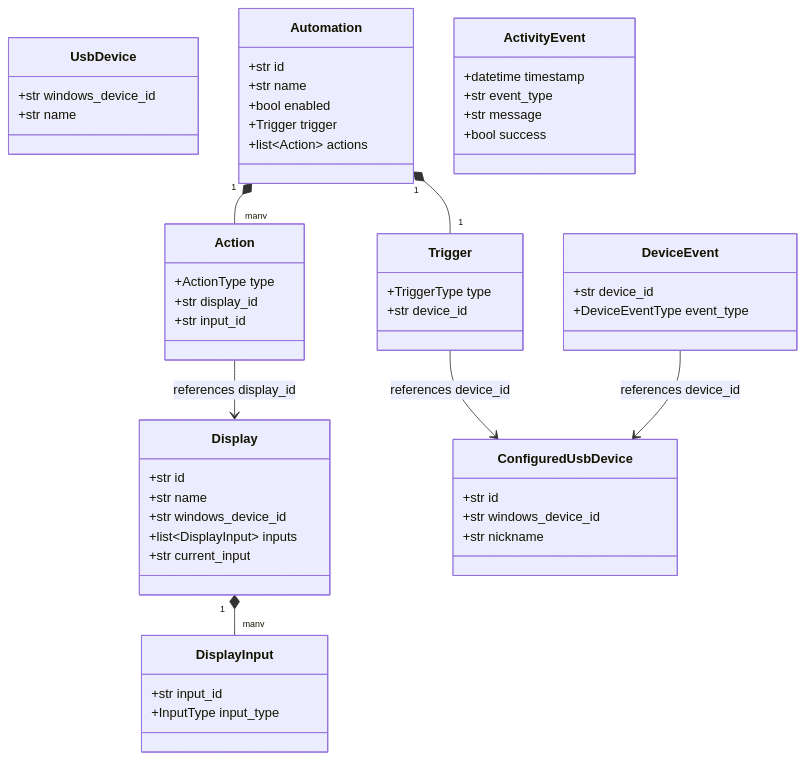
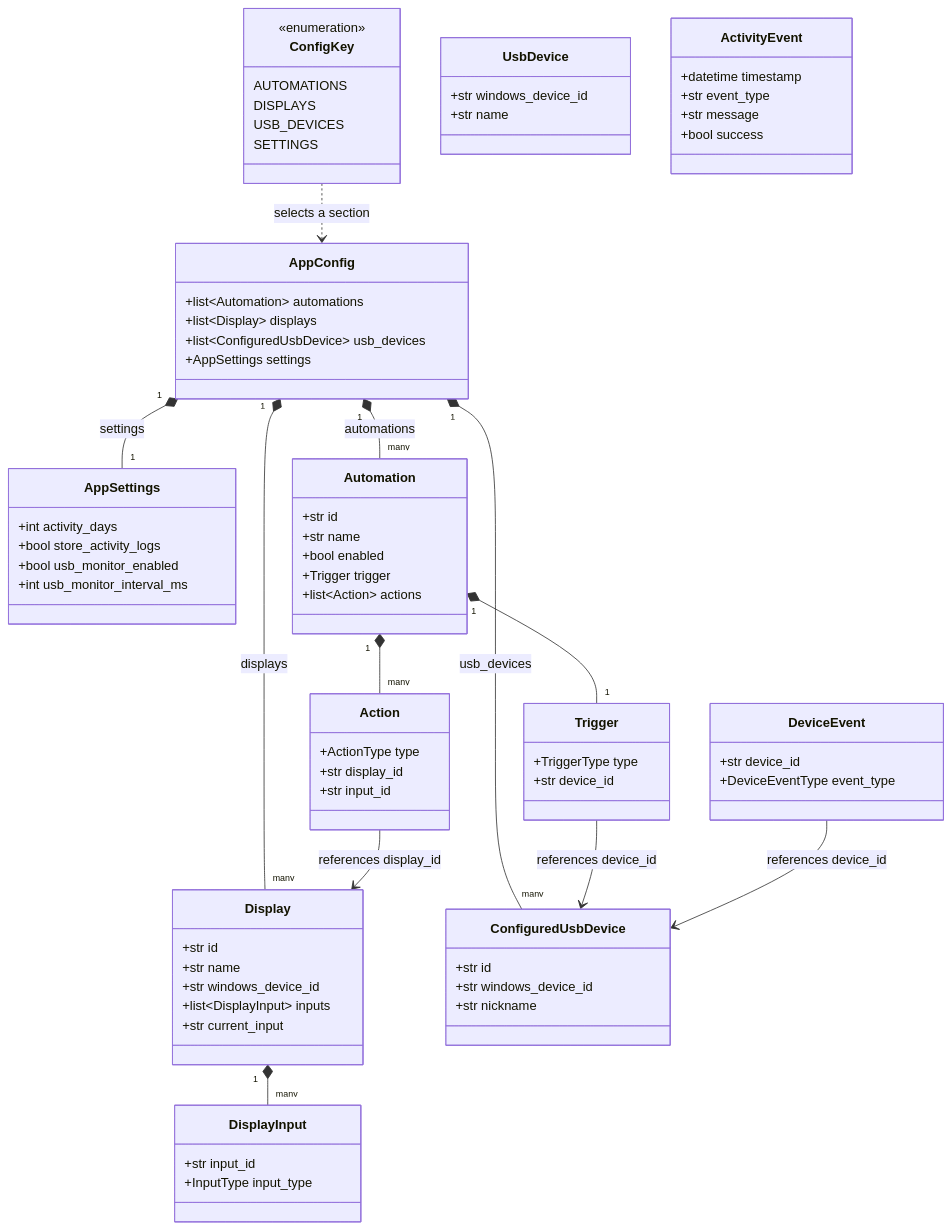
One commit to Gayoon1234/monitor-switcher changed the fourth of 4 diagrams in docs/technical-implementation.md. Above: the diagram before and after it, drawn with Mermaid.

Commit message:
doc(): update domain relationship diagram with config

````diff
--- a/docs/technical-implementation.md
+++ b/docs/technical-implementation.md
@@ -166,5 +166,27 @@
 ```mermaid
 classDiagram
+    class AppConfig {
+        +list~Automation~ automations
+        +list~Display~ displays
+        +list~ConfiguredUsbDevice~ usb_devices
+        +AppSettings settings
+    }
+
+    class AppSettings {
+        +int activity_days
+        +bool store_activity_logs
+        +bool usb_monitor_enabled
+        +int usb_monitor_interval_ms
+    }
+
+    class ConfigKey {
+        <<enumeration>>
+        AUTOMATIONS
+        DISPLAYS
+        USB_DEVICES
+        SETTINGS
+    }
+
     class Display {
         +str id
         +str name
@@ -220,6 +242,11 @@
         +bool success
     }
 
+    AppConfig "1" *-- "many" Automation : automations
+    AppConfig "1" *-- "many" Display : displays
+    AppConfig "1" *-- "many" ConfiguredUsbDevice : usb_devices
+    AppConfig "1" *-- "1" AppSettings : settings
+    ConfigKey ..> AppConfig : selects a section
     Display "1" *-- "many" DisplayInput
     Automation "1" *-- "1" Trigger
     Automation "1" *-- "many" Action
````
